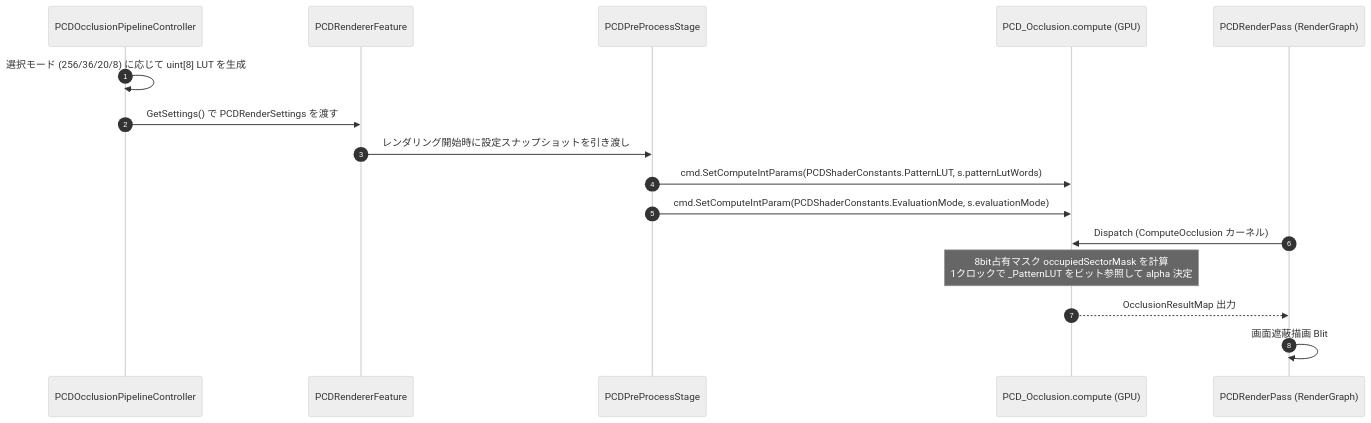
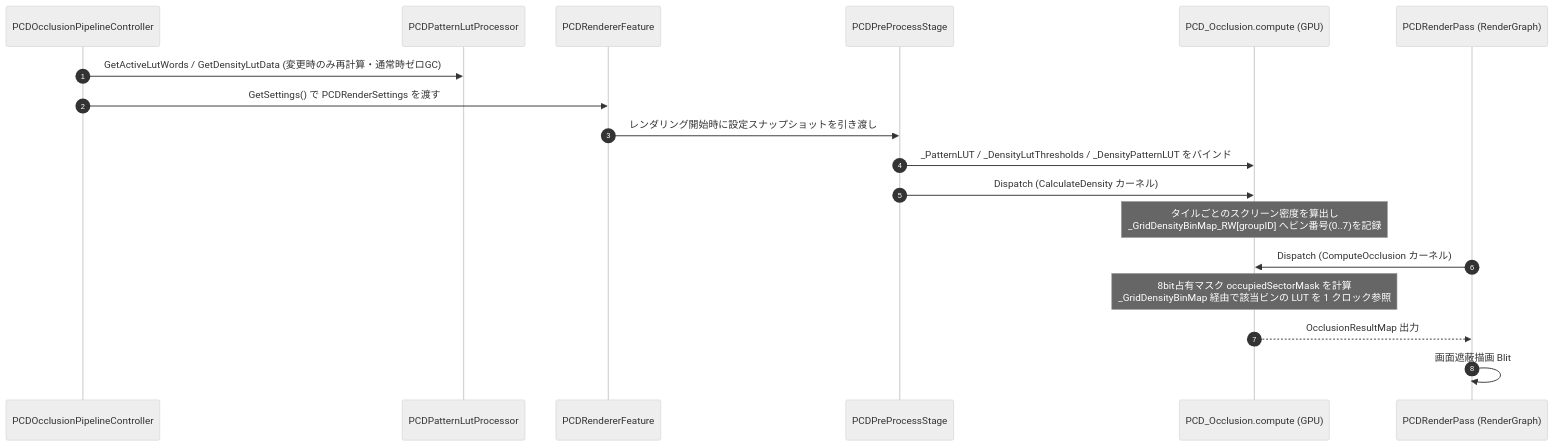
Before and after one commit to kotetsuOU/RealTimeOcclusionDemo: the second of 2 diagrams in Docs/OcclusionRendering.md, drawn with Mermaid (neutral theme). The commit also changed other lines of this file and 2 other files, not shown here.

Commit message:
docs(wiki): update OcclusionRendering, SICESI2026, and Wiki for density LUT and refactoring

````diff
--- a/Docs/OcclusionRendering.md
+++ b/Docs/OcclusionRendering.md
@@ -151,19 +187,21 @@
 ```mermaid
 sequenceDiagram
     autonumber
     participant Ctrl as PCDOcclusionPipelineController
+    participant LUT as PCDPatternLutProcessor
     participant Feature as PCDRendererFeature
     participant Stage as PCDPreProcessStage
     participant CS as PCD_Occlusion.compute (GPU)
     participant Pass as PCDRenderPass (RenderGraph)
 
-    Ctrl->>Ctrl: 選択モード (256/36/20/8) に応じて uint[8] LUT を生成
+    Ctrl->>LUT: GetActiveLutWords / GetDensityLutData (変更時のみ再計算・通常時ゼロGC)
     Ctrl->>Feature: GetSettings() で PCDRenderSettings を渡す
     Feature->>Stage: レンダリング開始時に設定スナップショットを引き渡し
-    Stage->>CS: cmd.SetComputeIntParams(PCDShaderConstants.PatternLUT, s.patternLutWords)
-    Stage->>CS: cmd.SetComputeIntParam(PCDShaderConstants.EvaluationMode, s.evaluationMode)
+    Stage->>CS: _PatternLUT / _DensityLutThresholds / _DensityPatternLUT をバインド
+    Stage->>CS: Dispatch (CalculateDensity カーネル)
+    Note over CS: タイルごとのスクリーン密度を算出し<br/>_GridDensityBinMap_RW[groupID] へビン番号(0..7)を記録
     Pass->>CS: Dispatch (ComputeOcclusion カーネル)
-    Note over CS: 8bit占有マスク occupiedSectorMask を計算<br/>1クロックで _PatternLUT をビット参照して alpha 決定
+    Note over CS: 8bit占有マスク occupiedSectorMask を計算<br/>_GridDensityBinMap 経由で該当ビンの LUT を 1 クロック参照
     CS-->>Pass: OcclusionResultMap 出力
     Pass->>Pass: 画面遮蔽描画 Blit
 ```
````
